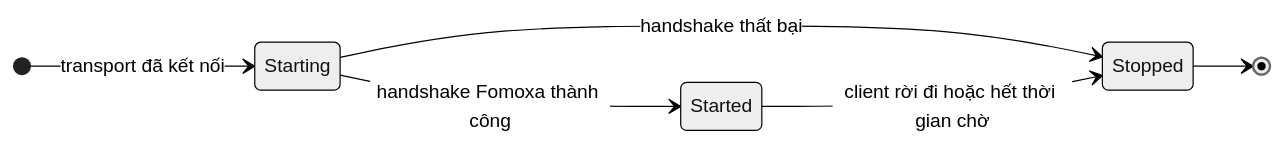
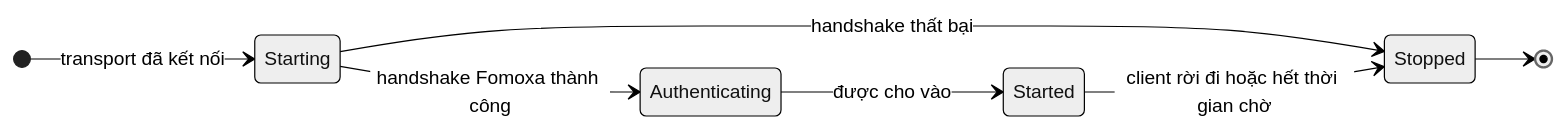
Before and after one commit to fomoxa/unity-docs: the first of 2 diagrams in vi/getting-started/tutorial/server.md, drawn with Mermaid (neutral theme). The commit also changed other lines of this file and 33 other files, not shown here.

````diff
--- a/vi/getting-started/tutorial/server.md
+++ b/vi/getting-started/tutorial/server.md
@@ -121,9 +121,10 @@
 ```mermaid
 stateDiagram-v2
     direction LR
     [*] --> Starting: transport đã kết nối
-    Starting --> Started: handshake Fomoxa thành công
+    Starting --> Authenticating: handshake Fomoxa thành công
+    Authenticating --> Started: được cho vào
     Starting --> Stopped: handshake thất bại
     Started --> Stopped: client rời đi hoặc hết thời gian chờ
     Stopped --> [*]
 ```
````
